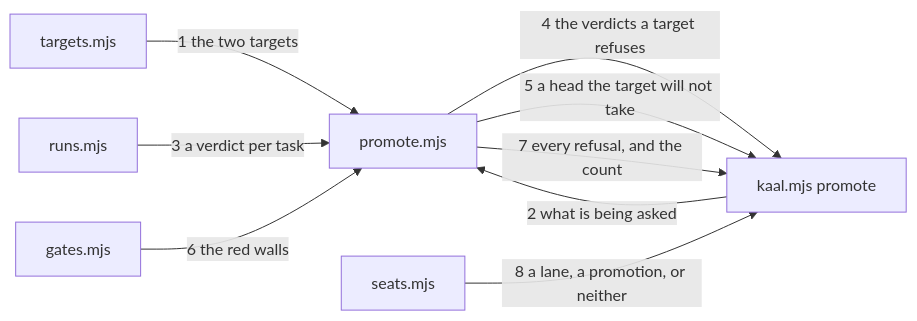
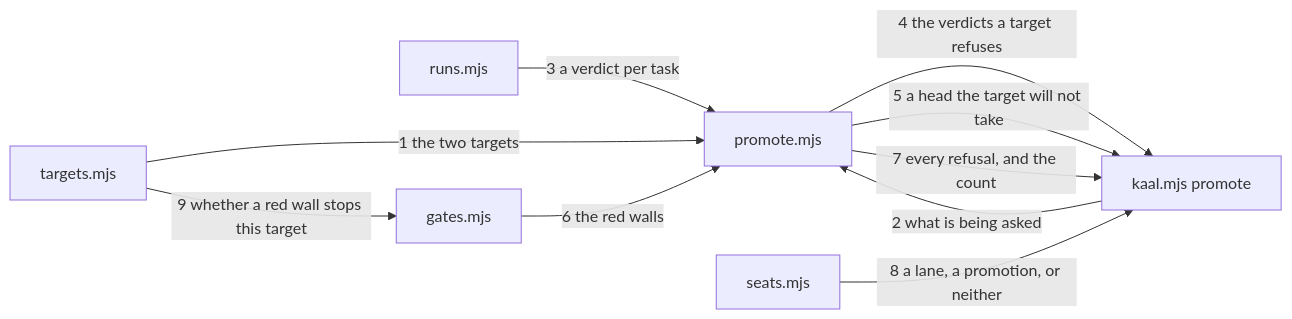
One commit to ChBrain/KAAL changed the diagram in architecture/a-promotion-names-what-it-refuses/drawing.md. Above: the diagram before and after it, drawn with Mermaid. The commit also changed other lines of this file and 4 other files, not shown here.

````diff
--- a/architecture/a-promotion-names-what-it-refuses/drawing.md
+++ b/architecture/a-promotion-names-what-it-refuses/drawing.md
@@ -63,11 +73,12 @@
 ```mermaid
 flowchart LR
   T["targets.mjs"] -- "1 the two targets" --> P["promote.mjs"]
   C["kaal.mjs promote"] -- "2 what is being asked" --> P
   R["runs.mjs"] -- "3 a verdict per task" --> P
   P -- "4 the verdicts a target refuses" --> C
   P -- "5 a head the target will not take" --> C
   G["gates.mjs"] -- "6 the red walls" --> P
   P -- "7 every refusal, and the count" --> C
   S["seats.mjs"] -- "8 a lane, a promotion, or neither" --> C
+  T -- "9 whether a red wall stops this target" --> G
 ```
````
